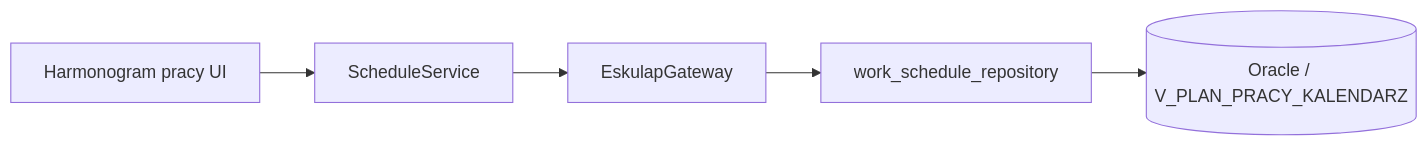
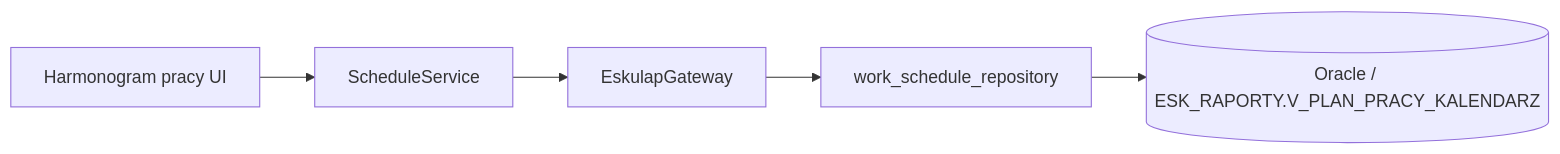
One commit to psychlodz/panel-koordynatora changed the second of 2 diagrams in docs/ARCHITECTURE/KOMPAS_MODULE_ARCHITECTURE.md. Above: the diagram before and after it, drawn with Mermaid. The commit also changed other lines of this file and 4 other files, not shown here.

````diff
--- a/docs/ARCHITECTURE/KOMPAS_MODULE_ARCHITECTURE.md
+++ b/docs/ARCHITECTURE/KOMPAS_MODULE_ARCHITECTURE.md
@@ -138,13 +143,13 @@
 ```mermaid
 flowchart LR
     H["Harmonogram pracy UI"]
     S["ScheduleService"]
     G["EskulapGateway"]
     R["work_schedule_repository"]
-    O[("Oracle / V_PLAN_PRACY_KALENDARZ")]
+    O[("Oracle / ESK_RAPORTY.V_PLAN_PRACY_KALENDARZ")]
 
     H --> S
     S --> G
     G --> R
     R --> O
 ```
````
